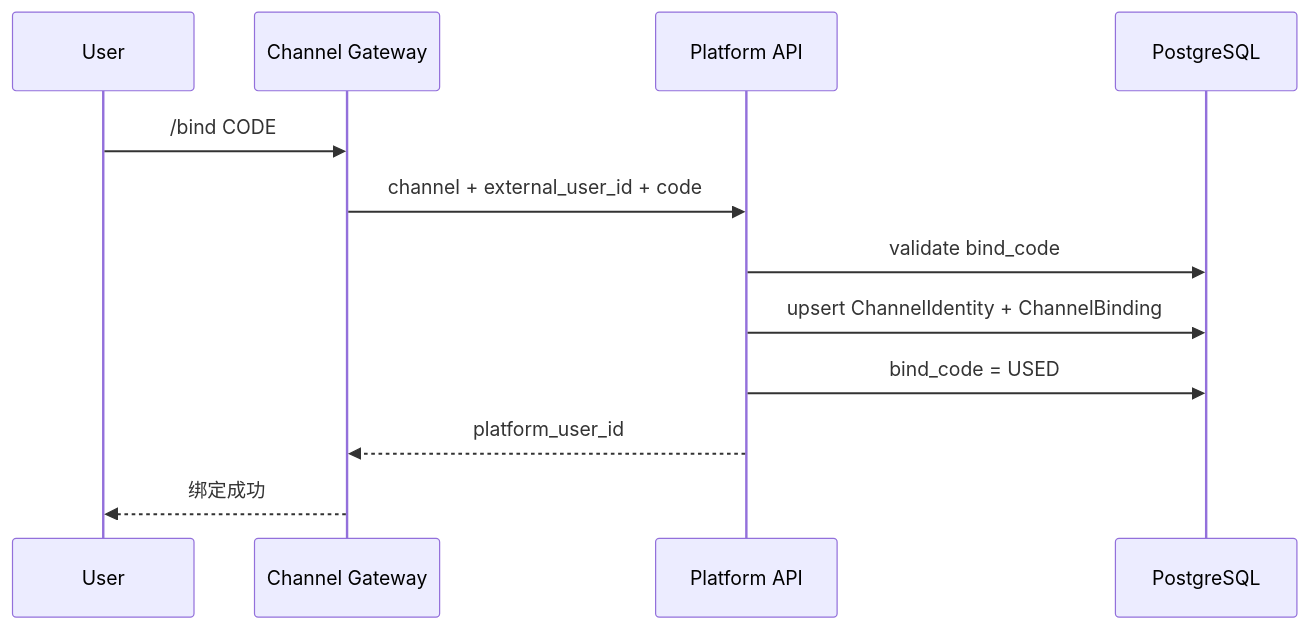
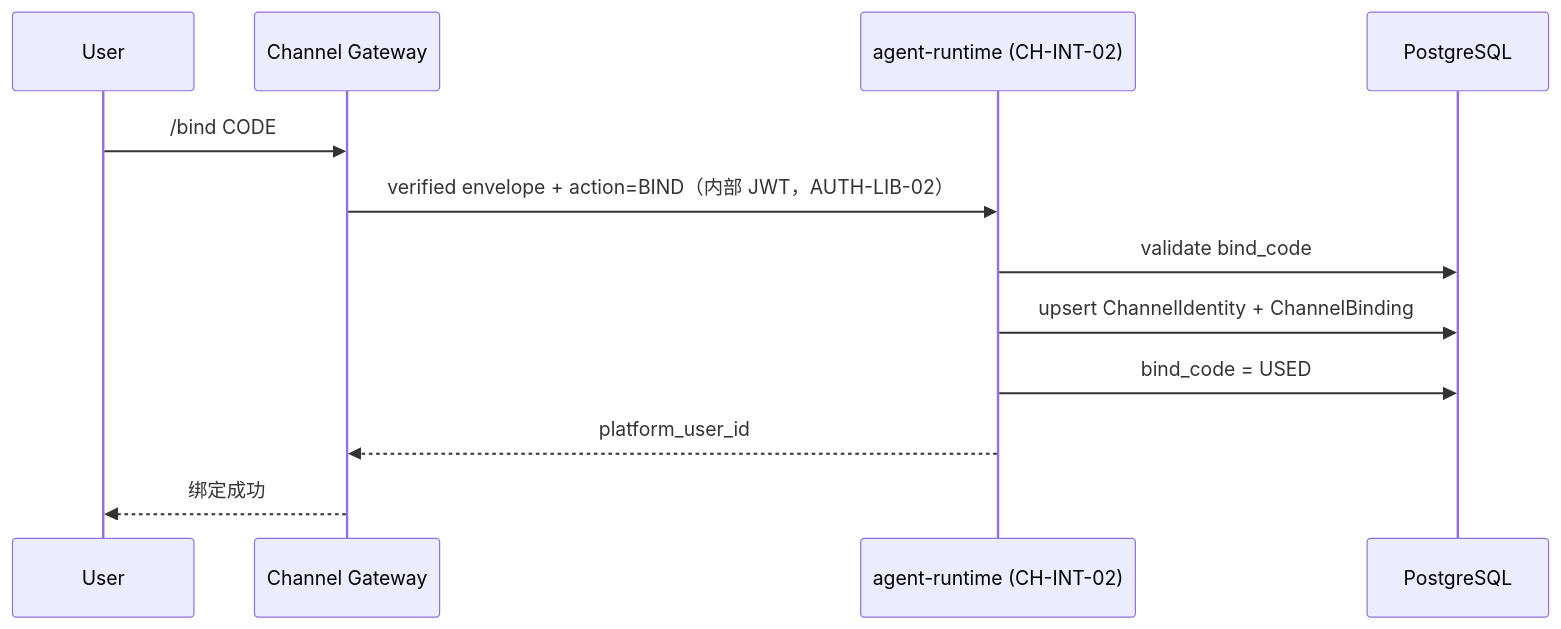
Before and after one commit to Michaelxwb/fluxion-harness: the eighth of 12 diagrams in docs/00-总体设计/01-通用智能服务执行框架-V1.8-完整总体设计说明书.md, drawn with Mermaid. The commit also changed other lines of this file and 52 other files, not shown here.

````diff
--- a/docs/00-总体设计/01-通用智能服务执行框架-V1.8-完整总体设计说明书.md
+++ b/docs/00-总体设计/01-通用智能服务执行框架-V1.8-完整总体设计说明书.md
@@ -2989,14 +3090,14 @@
 ```mermaid
 sequenceDiagram
     participant U as User
     participant G as Channel Gateway
-    participant A as Platform API
+    participant R as agent-runtime (CH-INT-02)
     participant DB as PostgreSQL
     U->>G: /bind CODE
-    G->>A: channel + external_user_id + code
-    A->>DB: validate bind_code
-    A->>DB: upsert ChannelIdentity + ChannelBinding
-    A->>DB: bind_code = USED
-    A-->>G: platform_user_id
+    G->>R: verified envelope + action=BIND（内部 JWT，AUTH-LIB-02）
+    R->>DB: validate bind_code
+    R->>DB: upsert ChannelIdentity + ChannelBinding
+    R->>DB: bind_code = USED
+    R-->>G: platform_user_id
     G-->>U: 绑定成功
 ```
````
